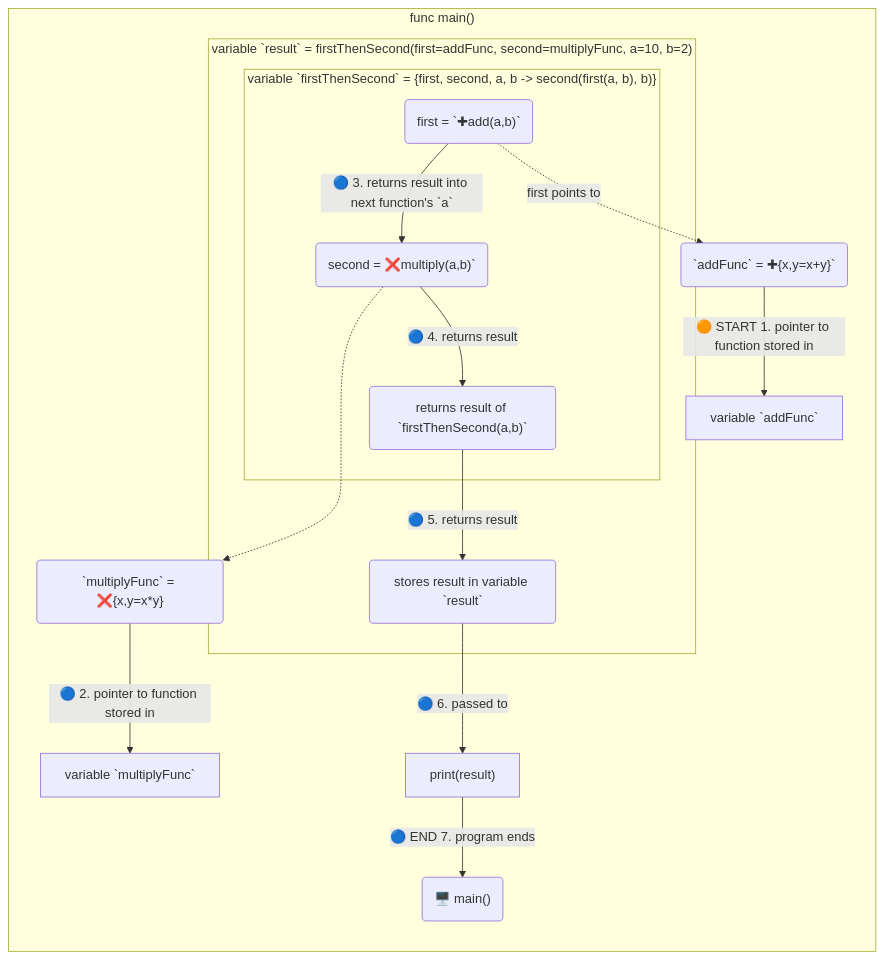
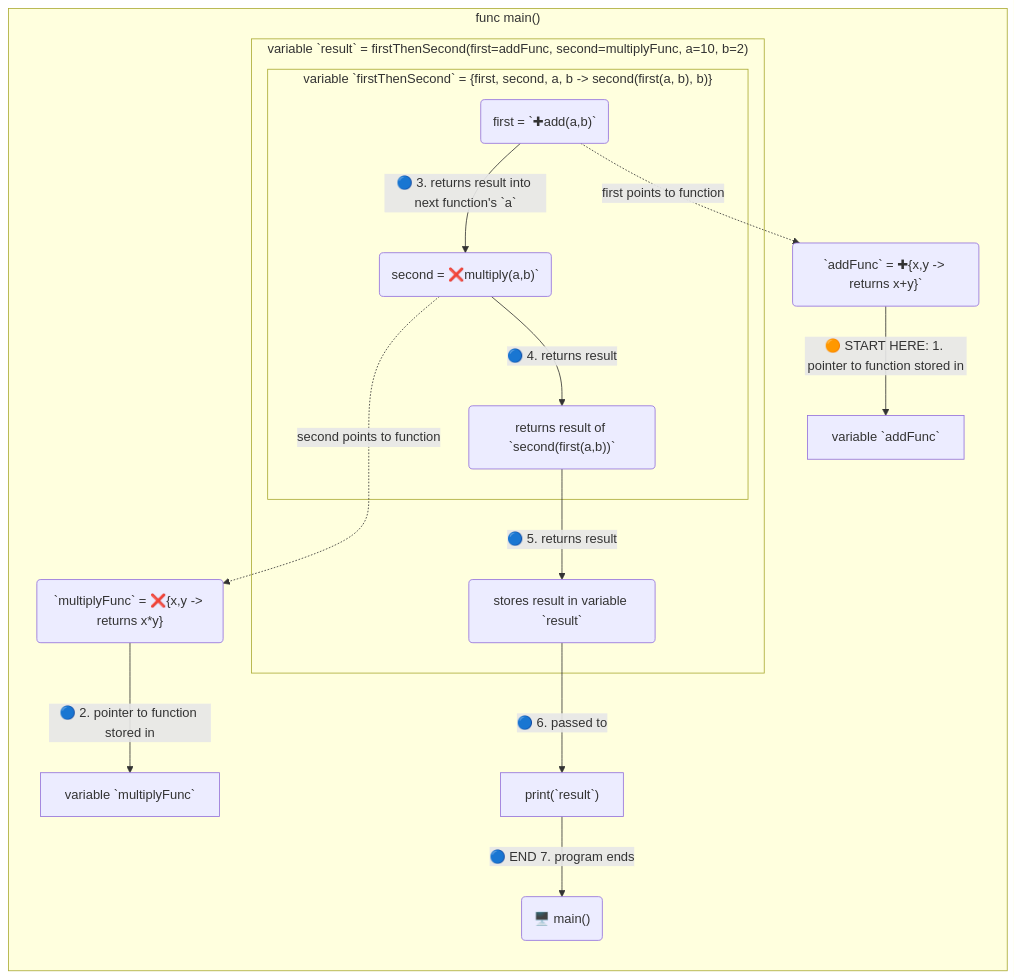
One commit to realityexpander/How_to_program_from_ground_up changed the diagram in 11-FunctionalProgramming.md. Above: the diagram before and after it, drawn with Mermaid. The commit also changed other lines of this file and 1 other file, not shown here.

Commit message:
improve diagram and code for functional

````diff
--- a/11-FunctionalProgramming.md
+++ b/11-FunctionalProgramming.md
@@ -42,22 +42,22 @@
 ```mermaid
  flowchart RL
  
  subgraph "func main()"
-    addFn(" `addFunc` = ✚{x,y=x+y}`") -->|🟠 START 1. pointer to function stored in| X["variable `addFunc`"]
-    multiplyFn(" `multiplyFunc` = ❌{x,y=x*y}") -->|🔵 2. pointer to function stored in| Y["variable `multiplyFunc`"]
-    first -.->|first points to| addFn
-    second -..-> multiplyFn
+    addFn(" `addFunc` = ✚{x,y -> returns x+y}`") -->|🟠 START HERE: 1. pointer to function stored in| X["variable `addFunc`"]
+    multiplyFn(" `multiplyFunc` = ❌{x,y -> returns x*y}") -->|🔵 2. pointer to function stored in| Y["variable `multiplyFunc`"]
+    first -.->|first points to function| addFn
+    second -..->|second points to function| multiplyFn
     subgraph " variable `result` = firstThenSecond(first=addFunc, second=multiplyFunc, a=10, b=2)"
        subgraph firstThenSecond[" variable `firstThenSecond` = {first, second, a, b -> second(first(a, b), b)}"]
           first("first = `✚add(a,b)`")-->|🔵 3. returns result into next function's `a` | second
           second("second = ❌multiply(a,b)`") -->|🔵 4. returns result| D
        end
-       D("returns result of `firstThenSecond(a,b)`") -->|🔵 5. returns result| E
+       D("returns result of `second(first(a,b))`") -->|🔵 5. returns result| E
     end
     E("stores result in variable `result`") -->|🔵 6. passed to| F
-    F["print(result)"] -->|🔵 END 7. program ends| G
+    F["print(`result`)"] -->|🔵 END 7. program ends| G
  end
  G("🖥️ main()")
  
  
  ```
````
